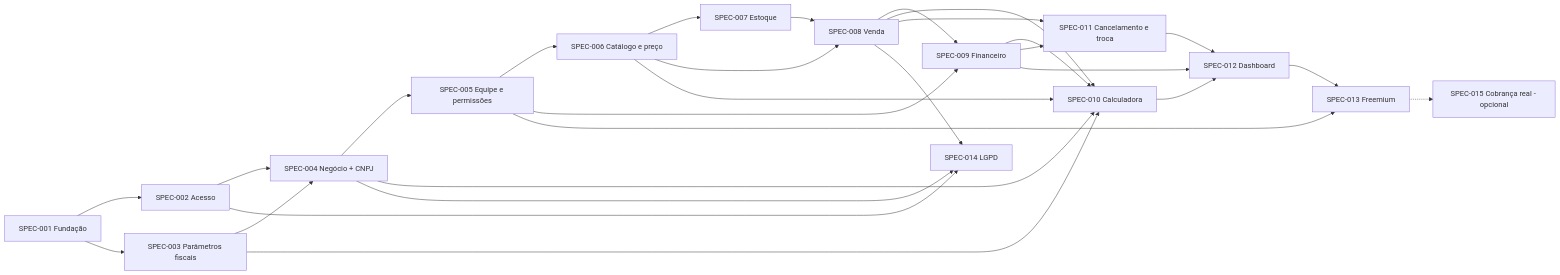
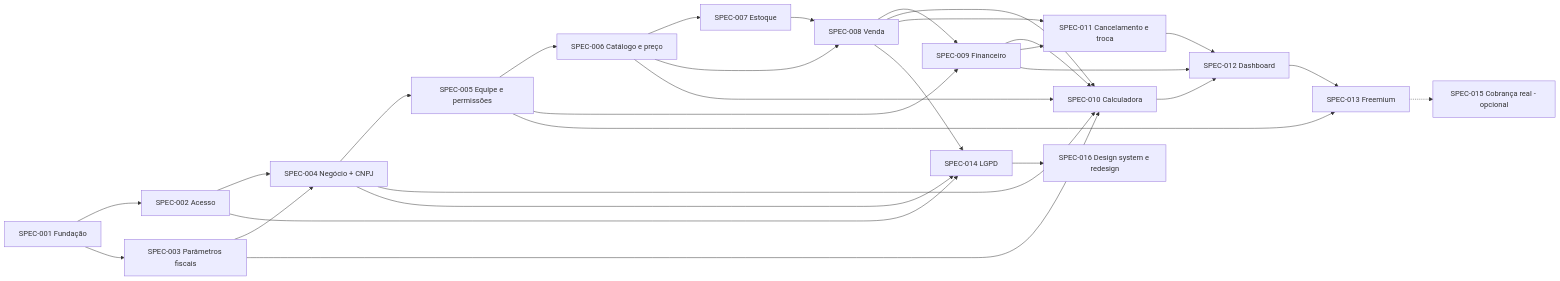
One commit to VitorHashimoto21/projeto_HE_modelagem_de_sistemas changed the diagram in docs/MAPA_DE_SPECS.md. Above: the diagram before and after it, drawn with Mermaid. The commit also changed other lines of this file and 1 other file, not shown here.

Commit message:
Adiciona SPEC-016 — Design system e redesign (rascunho)

````diff
--- a/docs/MAPA_DE_SPECS.md
+++ b/docs/MAPA_DE_SPECS.md
@@ -136,30 +137,31 @@
 ```mermaid
 flowchart LR
     S1[SPEC-001 Fundação] --> S2[SPEC-002 Acesso]
     S1 --> S3[SPEC-003 Parâmetros fiscais]
     S2 --> S4[SPEC-004 Negócio + CNPJ]
     S3 --> S4
     S4 --> S5[SPEC-005 Equipe e permissões]
     S5 --> S6[SPEC-006 Catálogo e preço]
     S6 --> S7[SPEC-007 Estoque]
     S6 --> S8[SPEC-008 Venda]
     S7 --> S8
     S5 --> S9[SPEC-009 Financeiro]
     S8 --> S9
     S3 --> S10[SPEC-010 Calculadora]
     S4 --> S10
     S6 --> S10
     S8 --> S10
     S9 --> S10
     S8 --> S11[SPEC-011 Cancelamento e troca]
     S9 --> S11
     S9 --> S12[SPEC-012 Dashboard]
     S10 --> S12
     S11 --> S12
     S5 --> S13[SPEC-013 Freemium]
     S12 --> S13
     S2 --> S14[SPEC-014 LGPD]
     S4 --> S14
     S8 --> S14
     S13 -.-> S15[SPEC-015 Cobrança real - opcional]
+    S14 --> S16[SPEC-016 Design system e redesign]
 ```
````
